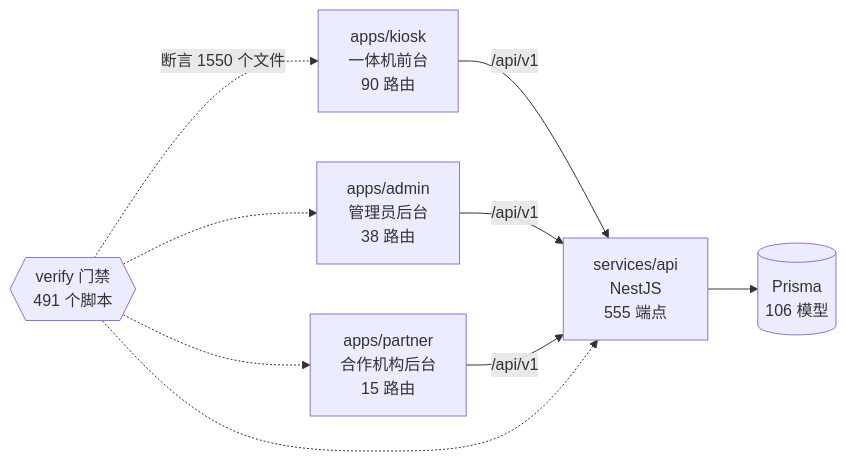
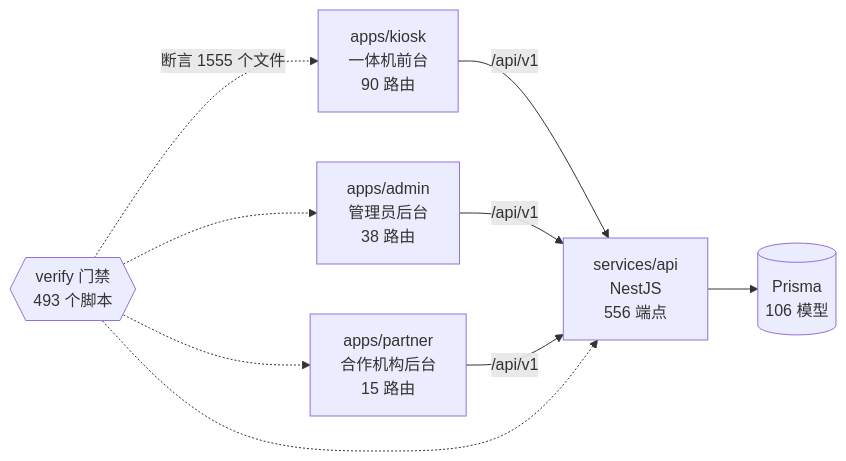
One commit to wanglei581/YITIJI changed the diagram in docs/graph/README.md. Above: the diagram before and after it, drawn with Mermaid. The commit also changed other lines of this file and 3 other files, not shown here.

Commit message:
docs(graph): regenerate after W3-a and the guard baseline fix

````diff
--- a/docs/graph/README.md
+++ b/docs/graph/README.md
@@ -68,18 +68,18 @@
 ```mermaid
 flowchart LR
   kiosk["apps/kiosk<br/>一体机前台<br/>90 路由"]
   admin["apps/admin<br/>管理员后台<br/>38 路由"]
   partner["apps/partner<br/>合作机构后台<br/>15 路由"]
-  api["services/api<br/>NestJS<br/>555 端点"]
+  api["services/api<br/>NestJS<br/>556 端点"]
   db[("Prisma<br/>106 模型")]
-  gates{{"verify 门禁<br/>491 个脚本"}}
+  gates{{"verify 门禁<br/>493 个脚本"}}
 
   kiosk -->|"/api/v1"| api
   admin -->|"/api/v1"| api
   partner -->|"/api/v1"| api
   api --> db
-  gates -.->|"断言 1550 个文件"| kiosk
+  gates -.->|"断言 1555 个文件"| kiosk
   gates -.-> admin
   gates -.-> partner
   gates -.-> api
 ```
````
